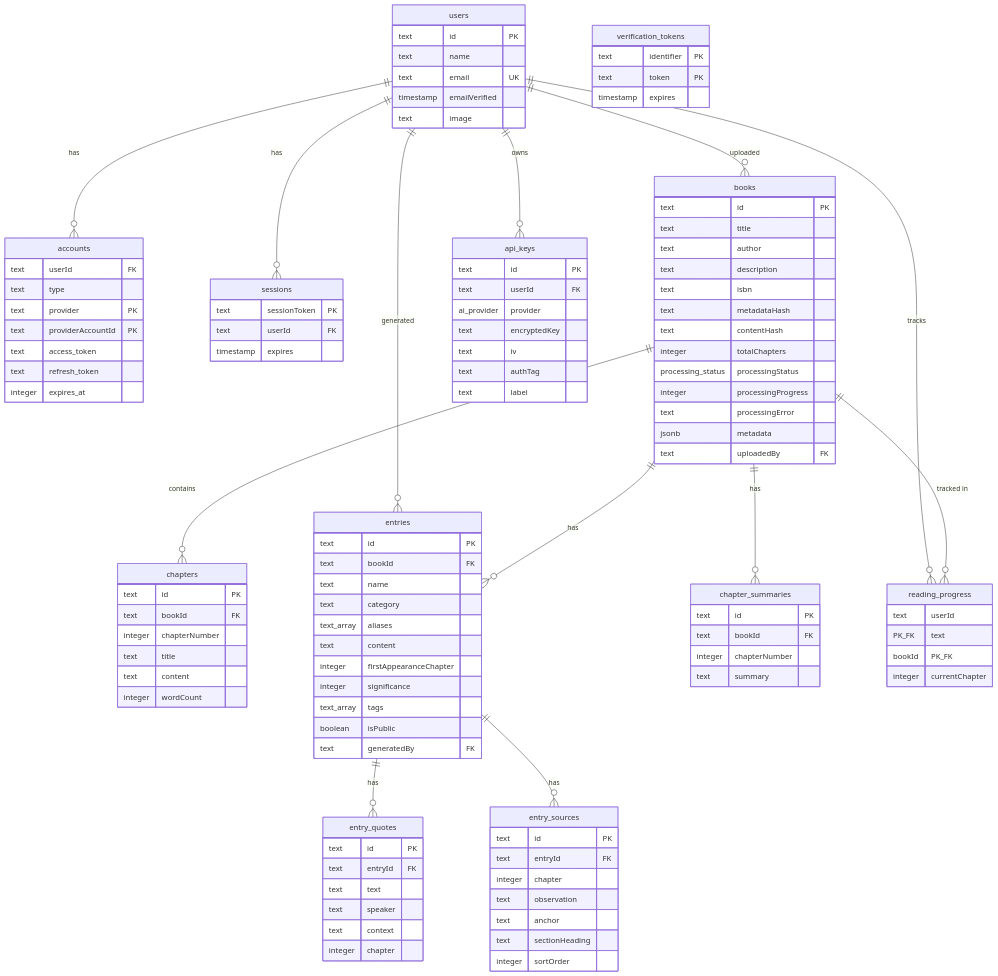
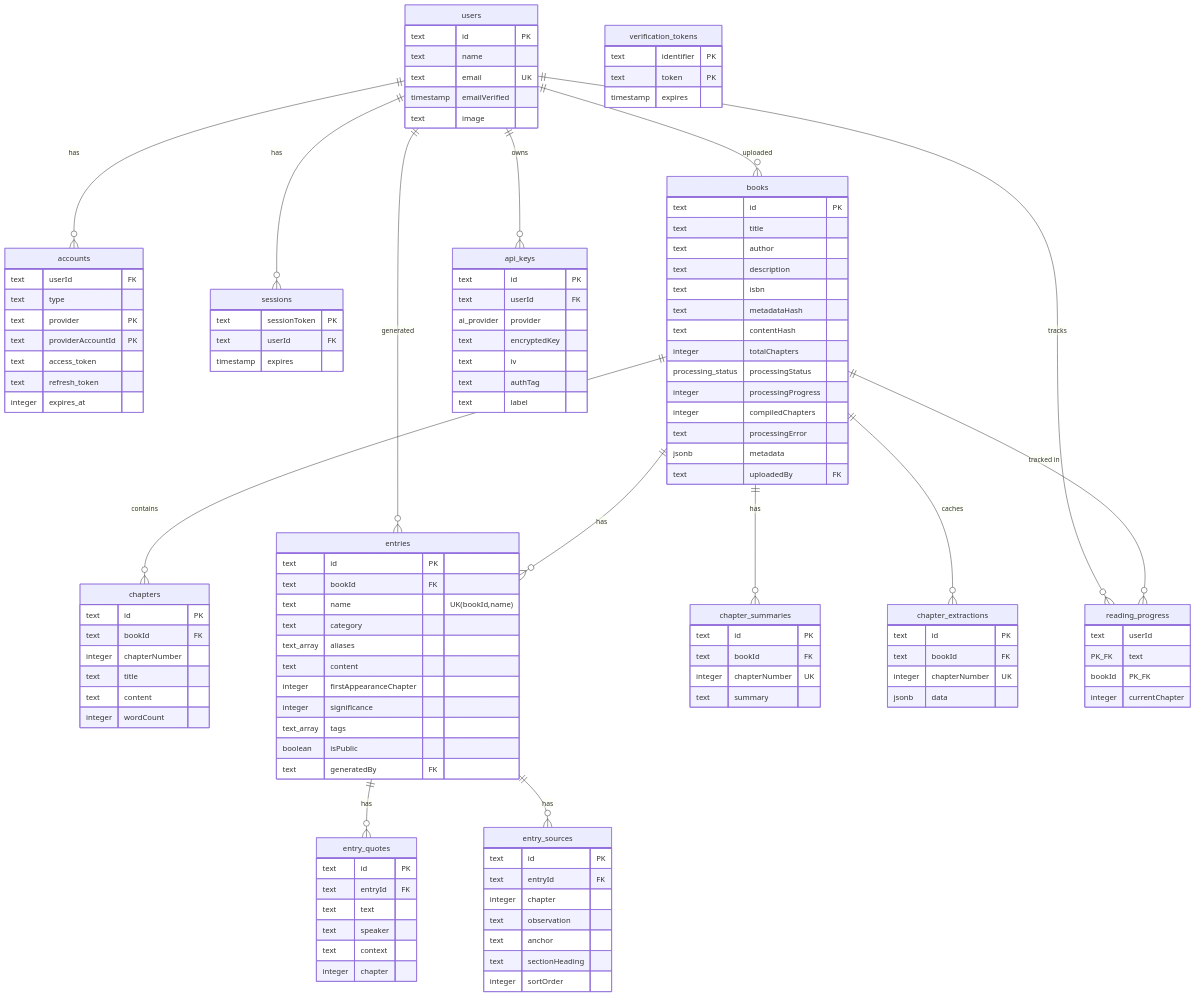
One commit to EricMChavez/chronicle changed the first of 5 diagrams in docs/ARCHITECTURE.md. Above: the diagram before and after it, drawn with Mermaid. The commit also changed other lines of this file and 23 other files, not shown here.

```diff
--- a/docs/ARCHITECTURE.md
+++ b/docs/ARCHITECTURE.md
@@ -51,6 +51,7 @@
         integer totalChapters
         processing_status processingStatus
         integer processingProgress
+        integer compiledChapters
         text processingError
         jsonb metadata
         text uploadedBy FK
@@ -68,7 +69,7 @@
     entries {
         text id PK
         text bookId FK
-        text name
+        text name "UK(bookId,name)"
         text category
         text_array aliases
         text content
@@ -101,8 +102,15 @@
     chapter_summaries {
         text id PK
         text bookId FK
-        integer chapterNumber
+        integer chapterNumber UK
         text summary
+    }
+
+    chapter_extractions {
+        text id PK
+        text bookId FK
+        integer chapterNumber UK
+        jsonb data
     }
 
     reading_progress {
@@ -130,6 +138,7 @@
     books ||--o{ chapters : "contains"
     books ||--o{ entries : "has"
     books ||--o{ chapter_summaries : "has"
+    books ||--o{ chapter_extractions : "caches"
     books ||--o{ reading_progress : "tracked in"
     entries ||--o{ entry_quotes : "has"
     entries ||--o{ entry_sources : "has"
```
